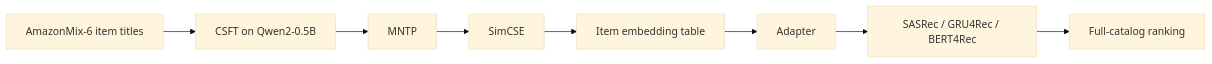
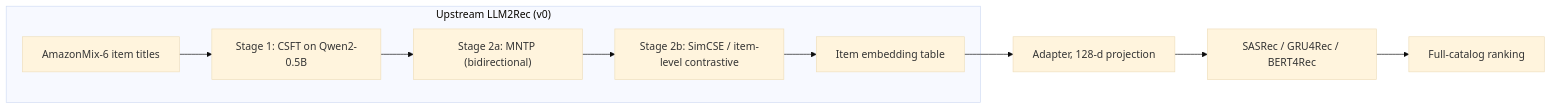
Before and after one commit to emanhthangngot/LLM2Rec-Enhanced: the first of 6 diagrams in README.md, drawn with Mermaid (base theme). The commit also changed other lines of this file, not shown here.

Commit message:
docs: version-tracked lineage with diverse SOTA landscape and clearer branch diagrams

````diff
--- a/README.md
+++ b/README.md
@@ -47,10 +47,12 @@
 ```mermaid
 flowchart LR
-    A[AmazonMix-6 item titles] --> B[CSFT on Qwen2-0.5B]
-    B --> C[MNTP]
-    C --> D[SimCSE]
-    D --> E[Item embedding table]
-    E --> F[Adapter]
+    subgraph Pretrain["Upstream LLM2Rec (v0)"]
+        A[AmazonMix-6 item titles] --> B["Stage 1: CSFT on Qwen2-0.5B"]
+        B --> C["Stage 2a: MNTP (bidirectional)"]
+        C --> D["Stage 2b: SimCSE / item-level contrastive"]
+        D --> E[Item embedding table]
+    end
+    E --> F[Adapter, 128-d projection]
     F --> G[SASRec / GRU4Rec / BERT4Rec]
     G --> H[Full-catalog ranking]
 ```
````
